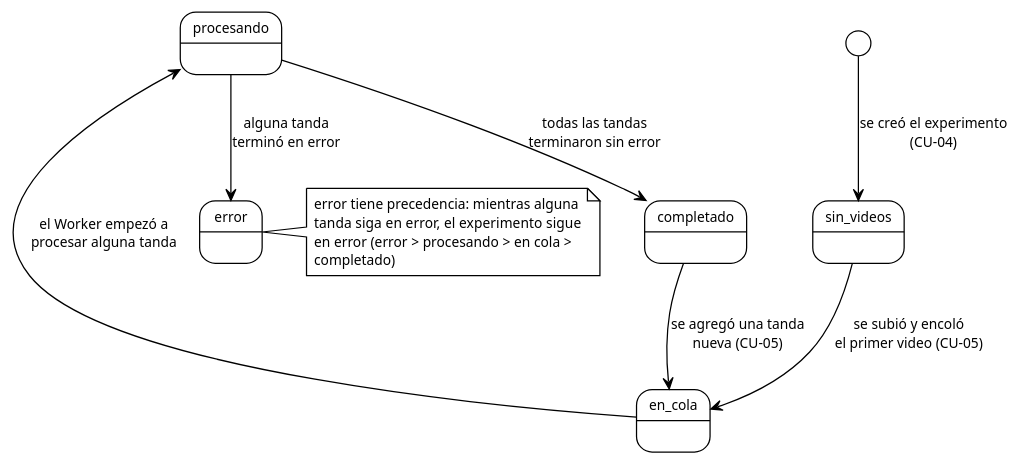
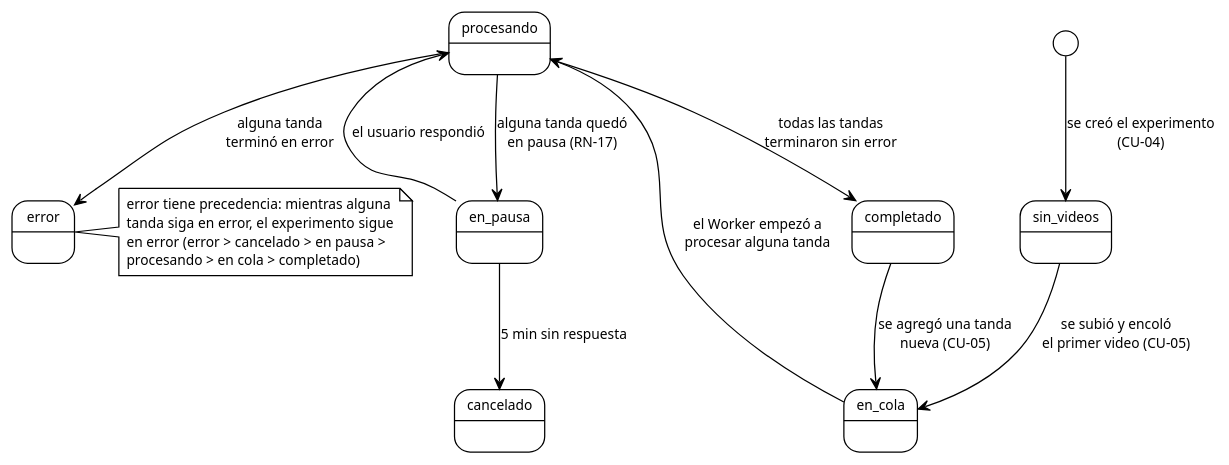
The diagram in diagramas/estados_experimento.puml (ErickJester/fst-ai-system-latex), drawn with PlantUML before and after one commit. The commit also changed 22 other files, not shown here.

```diff
--- a/diagramas/estados_experimento.puml
+++ b/diagramas/estados_experimento.puml
@@ -1,21 +1,24 @@
 @startuml estados_experimento
 !theme plain
 skinparam defaultFontName Arial
 skinparam defaultFontSize 11
 skinparam shadowing false
 
 [*] --> sin_videos : se creó el experimento\n(CU-04)
 
 sin_videos --> en_cola : se subió y encoló\nel primer video (CU-05)
 en_cola --> procesando : el Worker empezó a\nprocesar alguna tanda
 procesando --> completado : todas las tandas\nterminaron sin error
 procesando --> error : alguna tanda\nterminó en error
+procesando --> en_pausa : alguna tanda quedó\nen pausa (RN-17)
+en_pausa --> procesando : el usuario respondió
+en_pausa --> cancelado : 5 min sin respuesta
 completado --> en_cola : se agregó una tanda\nnueva (CU-05)
 note right of error
   error tiene precedencia: mientras alguna
   tanda siga en error, el experimento sigue
-  en error (error > procesando > en cola >
-  completado)
+  en error (error > cancelado > en pausa >
+  procesando > en cola > completado)
 end note
 
 @enduml
```
